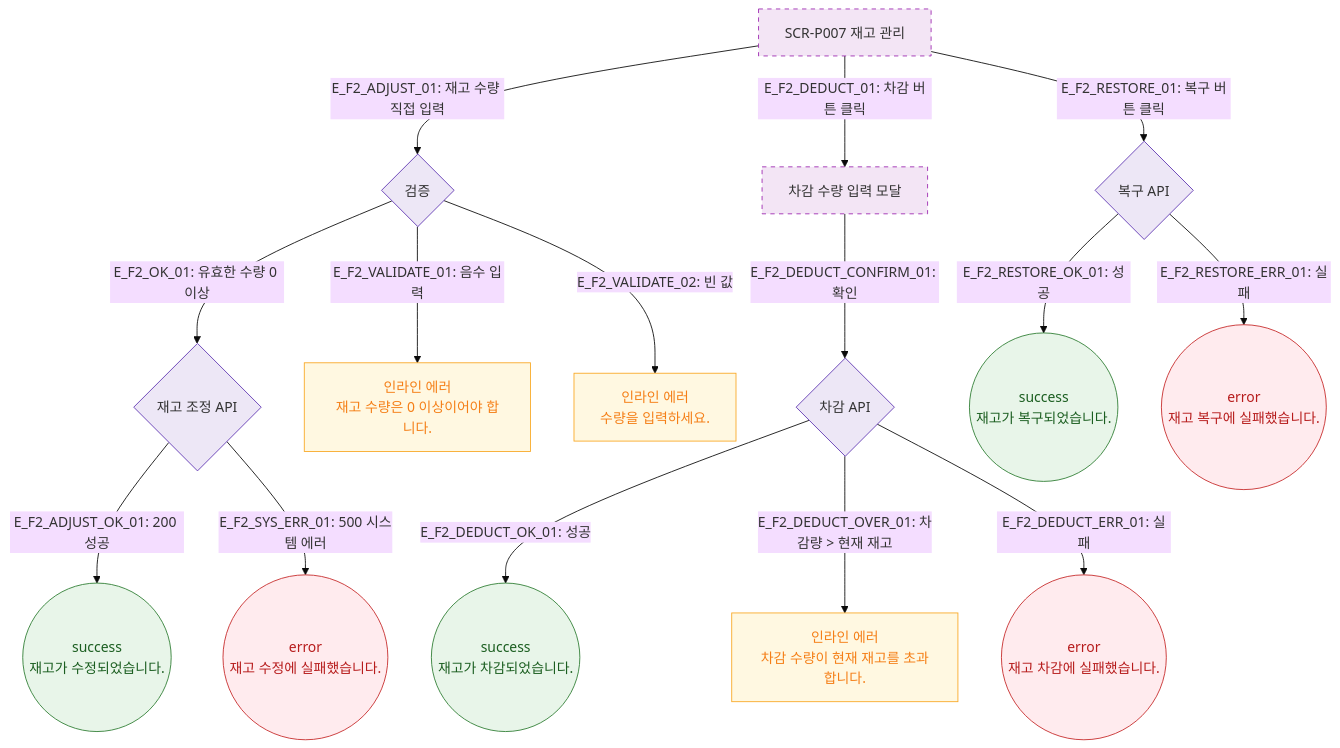
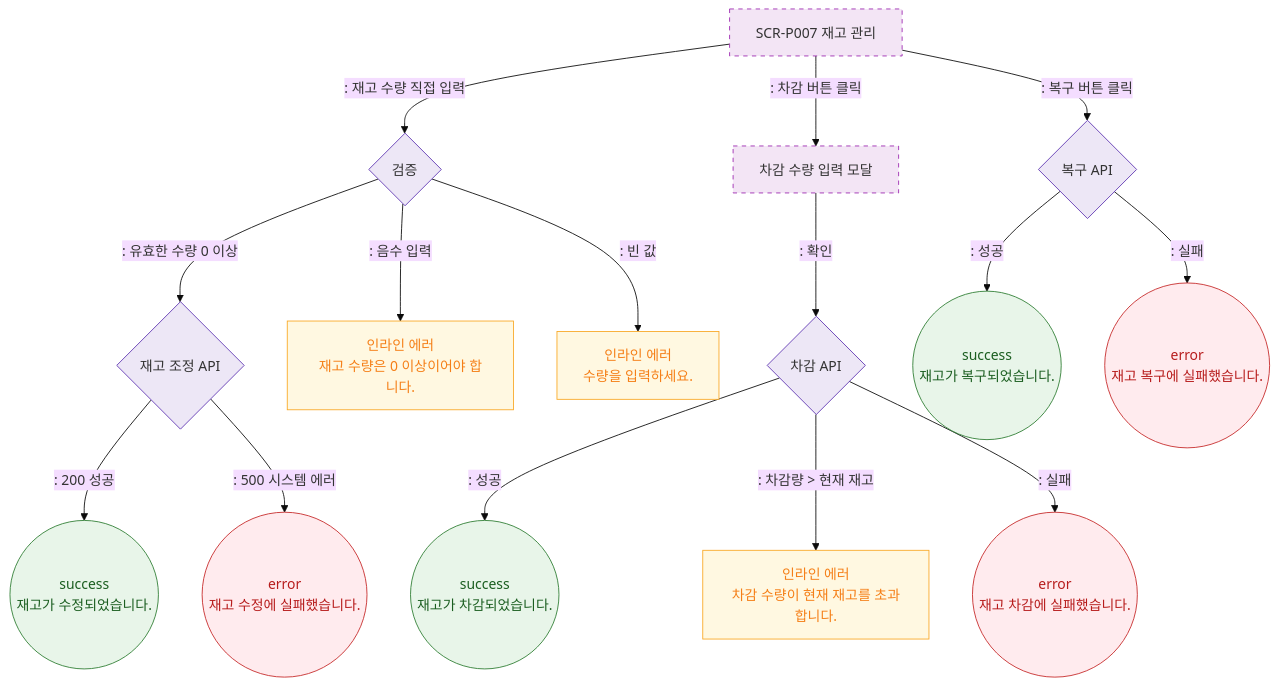
The diagram in docs/다이어그램/D05_상품관리/SCR-P007_재고관리/F2_메인인터랙션.md (dev-spogym/admin-pando), drawn with Mermaid (base theme) before and after one commit. The commit also changed other lines of this file and 1660 other files, not shown here.

First line of the commit message:
다이어그램: 기획자/클라이언트 납품본으로 정리

````diff
--- a/docs/다이어그램/D05_상품관리/SCR-P007_재고관리/F2_메인인터랙션.md
+++ b/docs/다이어그램/D05_상품관리/SCR-P007_재고관리/F2_메인인터랙션.md
@@ -19,35 +17,35 @@
 ```mermaid
 flowchart TD
     SCR_P007[SCR-P007 재고 관리]
 
-    SCR_P007 -->|"E_F2_ADJUST_01: 재고 수량 직접 입력"| ValidateAdjust{검증}
+    SCR_P007 -->|": 재고 수량 직접 입력"|ValidateAdjust{검증}
 
-    ValidateAdjust -->|"E_F2_OK_01: 유효한 수량 0 이상"| AdjustAPI{재고 조정 API}
-    ValidateAdjust -->|"E_F2_VALIDATE_01: 음수 입력"| ValidationFail[인라인 에러\n재고 수량은 0 이상이어야 합니다.]
-    ValidateAdjust -->|"E_F2_VALIDATE_02: 빈 값"| ValidationFail2[인라인 에러\n수량을 입력하세요.]
+    ValidateAdjust -->|": 유효한 수량 0 이상"|AdjustAPI{재고 조정 API}
+    ValidateAdjust -->|": 음수 입력"|ValidationFail[인라인 에러\n재고 수량은 0 이상이어야 합니다.]
+    ValidateAdjust -->|": 빈 값"|ValidationFail2[인라인 에러\n수량을 입력하세요.]
 
-    AdjustAPI -->|"E_F2_ADJUST_OK_01: 200 성공"| AdjustSuccess((success\n재고가 수정되었습니다.))
-    AdjustAPI -->|"E_F2_SYS_ERR_01: 500 시스템 에러"| SysErr((error\n재고 수정에 실패했습니다.))
+    AdjustAPI -->|": 200 성공"|AdjustSuccess((success\n재고가 수정되었습니다.))
+    AdjustAPI -->|": 500 시스템 에러"|SysErr((error\n재고 수정에 실패했습니다.))
 
-    SCR_P007 -->|"E_F2_DEDUCT_01: 차감 버튼 클릭"| DeductModal[차감 수량 입력 모달]
-    DeductModal -->|"E_F2_DEDUCT_CONFIRM_01: 확인"| DeductAPI{차감 API}
-    DeductAPI -->|"E_F2_DEDUCT_OK_01: 성공"| DeductSuccess((success\n재고가 차감되었습니다.))
-    DeductAPI -->|"E_F2_DEDUCT_OVER_01: 차감량 > 현재 재고"| DeductFail[인라인 에러\n차감 수량이 현재 재고를 초과합니다.]
-    DeductAPI -->|"E_F2_DEDUCT_ERR_01: 실패"| DeductErr((error\n재고 차감에 실패했습니다.))
+    SCR_P007 -->|": 차감 버튼 클릭"|DeductModal[차감 수량 입력 모달]
+    DeductModal -->|": 확인"|DeductAPI{차감 API}
+    DeductAPI -->|": 성공"|DeductSuccess((success\n재고가 차감되었습니다.))
+    DeductAPI -->|": 차감량 > 현재 재고"|DeductFail[인라인 에러\n차감 수량이 현재 재고를 초과합니다.]
+    DeductAPI -->|": 실패"|DeductErr((error\n재고 차감에 실패했습니다.))
 
-    SCR_P007 -->|"E_F2_RESTORE_01: 복구 버튼 클릭"| RestoreAPI{복구 API}
-    RestoreAPI -->|"E_F2_RESTORE_OK_01: 성공"| RestoreSuccess((success\n재고가 복구되었습니다.))
-    RestoreAPI -->|"E_F2_RESTORE_ERR_01: 실패"| RestoreErr((error\n재고 복구에 실패했습니다.))
+    SCR_P007 -->|": 복구 버튼 클릭"|RestoreAPI{복구 API}
+    RestoreAPI -->|": 성공"|RestoreSuccess((success\n재고가 복구되었습니다.))
+    RestoreAPI -->|": 실패"|RestoreErr((error\n재고 복구에 실패했습니다.))
 
     classDef screen fill:#F3E5F5,stroke:#9C27B0,stroke-dasharray:5 5
     classDef newFeature fill:#F3E5F5,stroke:#9C27B0,stroke-dasharray:5 5
     classDef warning fill:#FFF8E1,stroke:#F9A825,color:#F57F17
     classDef error fill:#FFEBEE,stroke:#C62828,color:#B71C1C
     classDef success fill:#E8F5E9,stroke:#2E7D32,color:#1B5E20
     classDef system fill:#EDE7F6,stroke:#5E35B2
     class SCR_P007,DeductModal newFeature
     class AdjustSuccess,DeductSuccess,RestoreSuccess success
     class ValidationFail,ValidationFail2,DeductFail warning
     class SysErr,DeductErr,RestoreErr error
     class ValidateAdjust,AdjustAPI,DeductAPI,RestoreAPI system
 ```
````
